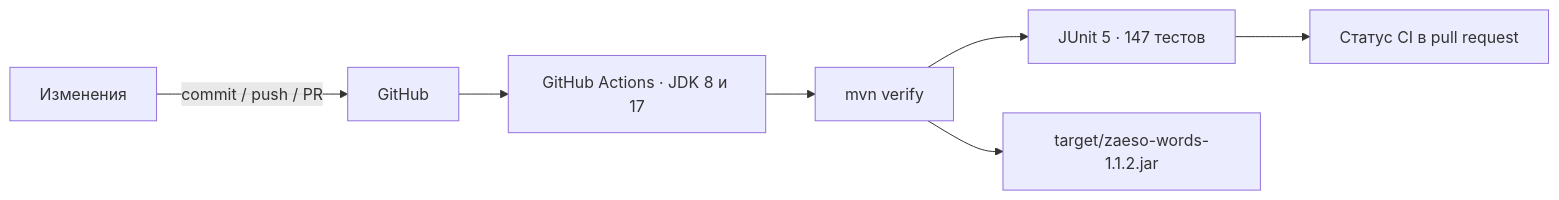
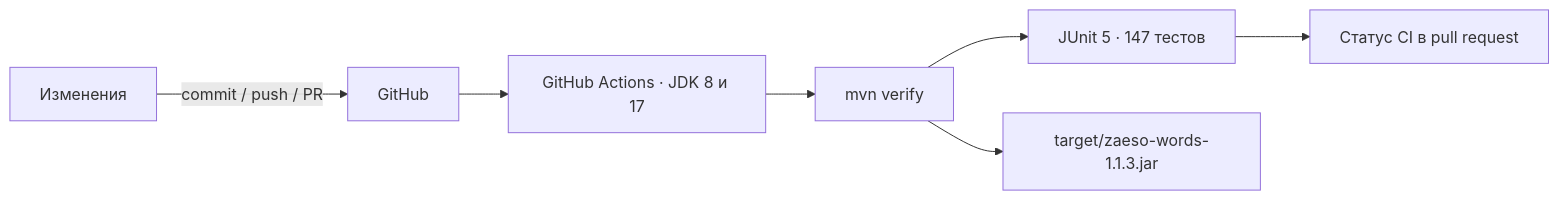
The third of 4 diagrams in zaeso-Words-Roadmap.md (zaeso/zaeso-Words), drawn with Mermaid before and after one commit. The commit also changed other lines of this file and 7 other files, not shown here.

````diff
--- a/zaeso-Words-Roadmap.md
+++ b/zaeso-Words-Roadmap.md
@@ -307,9 +308,9 @@
 ```mermaid
 flowchart LR
     DEV["Изменения"] -->|"commit / push / PR"| GH["GitHub"]
     GH --> CI["GitHub Actions · JDK 8 и 17"]
     CI --> MVN["mvn verify"]
     MVN --> TESTS["JUnit 5 · 147 тестов"]
-    MVN --> JAR["target/zaeso-words-1.1.2.jar"]
+    MVN --> JAR["target/zaeso-words-1.1.3.jar"]
     TESTS --> STATUS["Статус CI в pull request"]
 ```
````
